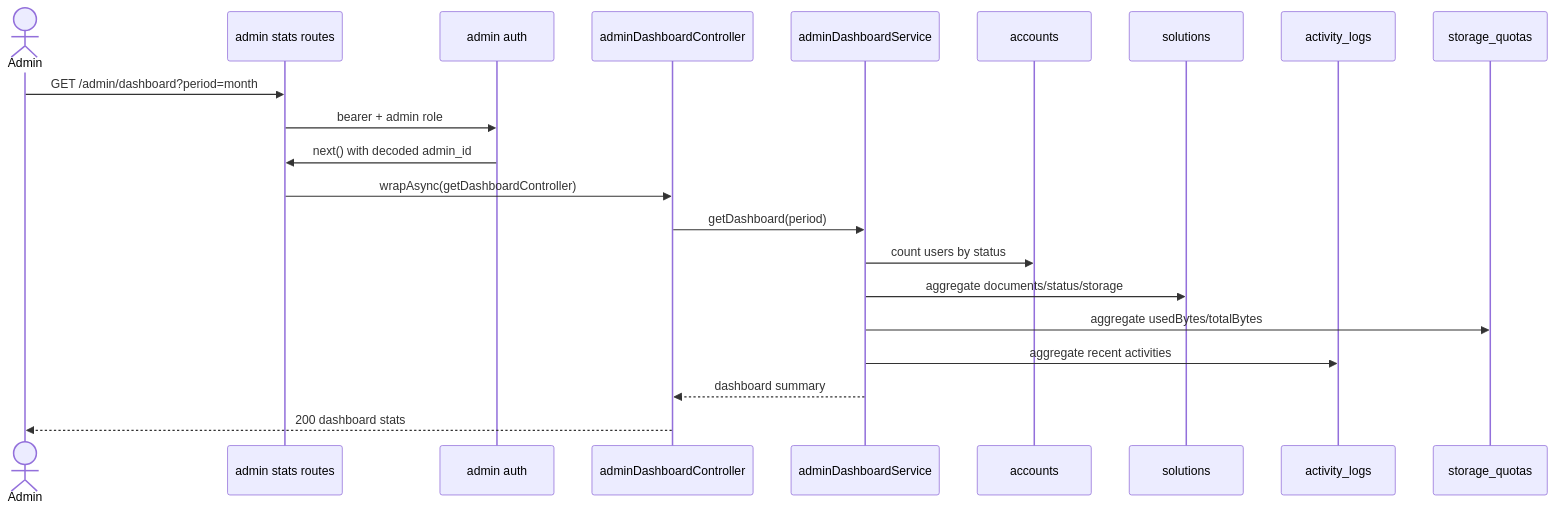
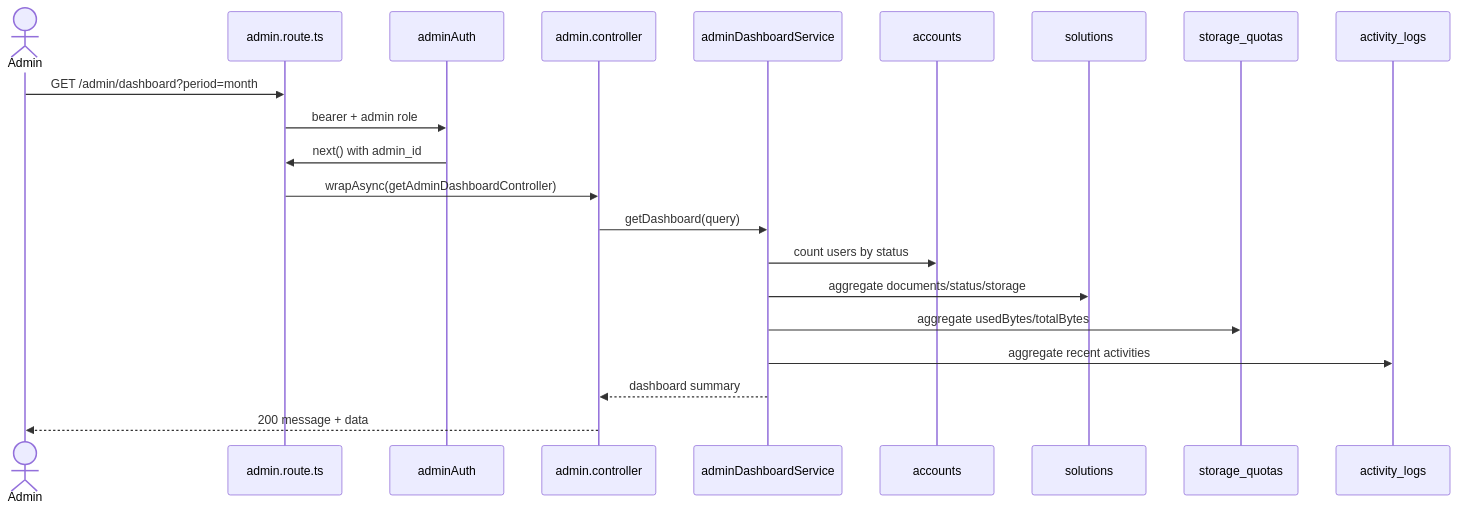
One commit to Hiamoutgame/AI-Study-Hub changed the diagram in docs/endpoint-flows/10-admin-dashboard-statistics.md. Above: the diagram before and after it, drawn with Mermaid. The commit also changed other lines of this file and 62 other files, not shown here.

````diff
--- a/docs/endpoint-flows/10-admin-dashboard-statistics.md
+++ b/docs/endpoint-flows/10-admin-dashboard-statistics.md
@@ -28,24 +36,24 @@
 ```mermaid
 sequenceDiagram
   actor Admin
-  participant Route as admin stats routes
-  participant Auth as admin auth
-  participant Controller as adminDashboardController
+  participant Route as admin.route.ts
+  participant Auth as adminAuth
+  participant Controller as admin.controller
   participant Service as adminDashboardService
   participant Accounts as accounts
   participant Solutions as solutions
+  participant Quotas as storage_quotas
   participant Logs as activity_logs
-  participant Quotas as storage_quotas
 
   Admin->>Route: GET /admin/dashboard?period=month
   Route->>Auth: bearer + admin role
-  Auth->>Route: next() with decoded admin_id
-  Route->>Controller: wrapAsync(getDashboardController)
-  Controller->>Service: getDashboard(period)
+  Auth->>Route: next() with admin_id
+  Route->>Controller: wrapAsync(getAdminDashboardController)
+  Controller->>Service: getDashboard(query)
   Service->>Accounts: count users by status
   Service->>Solutions: aggregate documents/status/storage
   Service->>Quotas: aggregate usedBytes/totalBytes
   Service->>Logs: aggregate recent activities
   Service-->>Controller: dashboard summary
-  Controller-->>Admin: 200 dashboard stats
+  Controller-->>Admin: 200 message + data
 ```
````
